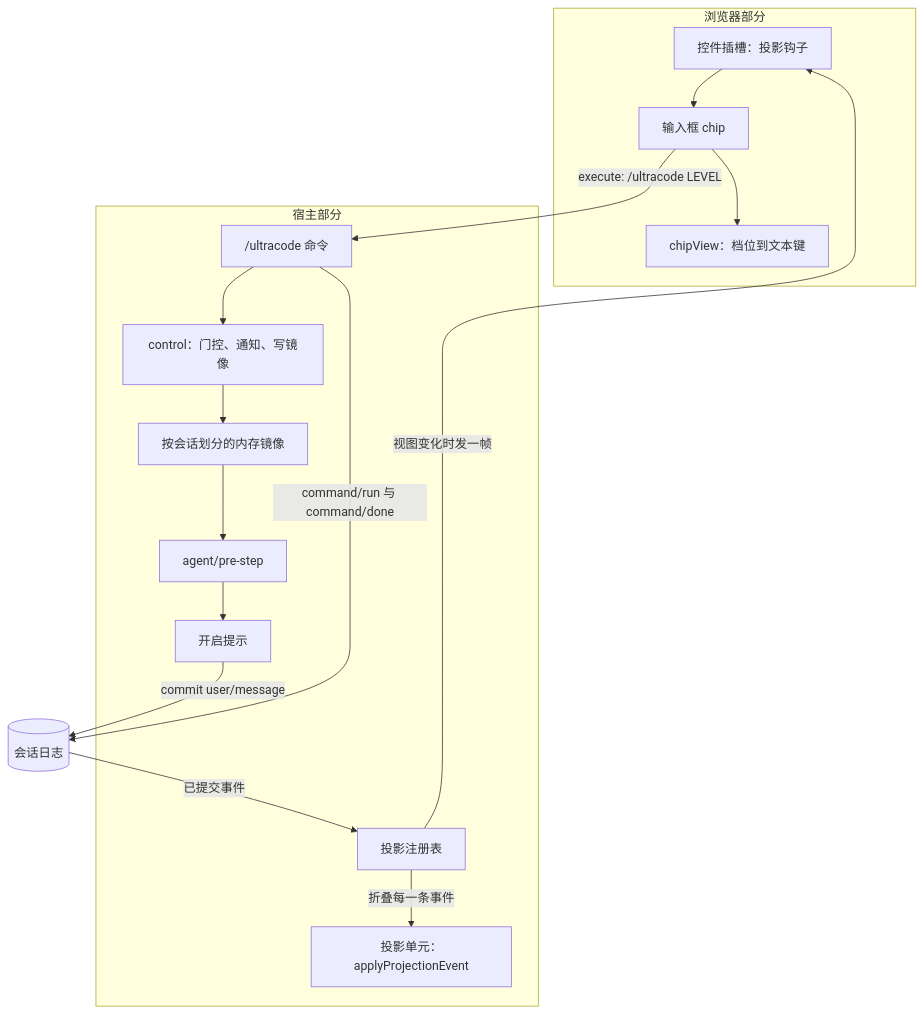
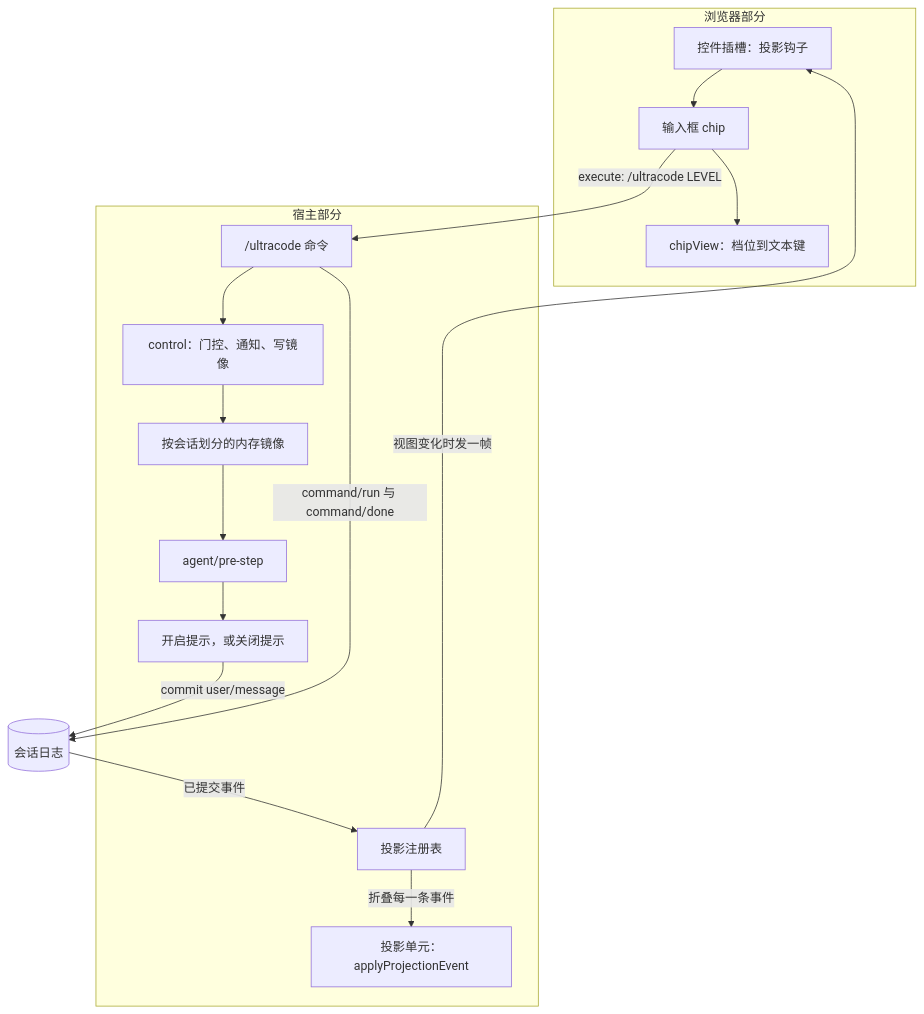
Before and after one commit to Dessera/dsh-ultracode: the diagram in docs/architecture.zh.md, drawn with Mermaid. The commit also changed other lines of this file and 6 other files, not shown here.

````diff
--- a/docs/architecture.zh.md
+++ b/docs/architecture.zh.md
@@ -160,33 +166,33 @@
 ```mermaid
 flowchart TB
     subgraph browser[浏览器部分]
         seat["控件插槽：投影钩子"]
         chip[输入框 chip]
         view["chipView：档位到文本键"]
         seat --> chip
         chip --> view
     end
 
     subgraph host[宿主部分]
         command["/ultracode 命令"]
         control["control：门控、通知、写镜像"]
         mirror["按会话划分的内存镜像"]
         prestep["agent/pre-step"]
-        banner["开启提示"]
+        banner["开启提示，或关闭提示"]
         registry["投影注册表"]
         unit["投影单元：applyProjectionEvent"]
     end
 
     log[(会话日志)]
 
     chip -- "execute: /ultracode LEVEL" --> command
     command --> control
     control --> mirror
     mirror --> prestep
     prestep --> banner
     banner -- "commit user/message" --> log
     command -- "command/run 与 command/done" --> log
     log -- "已提交事件" --> registry
     registry -- "折叠每一条事件" --> unit
     registry -- "视图变化时发一帧" --> seat
 ```
````
